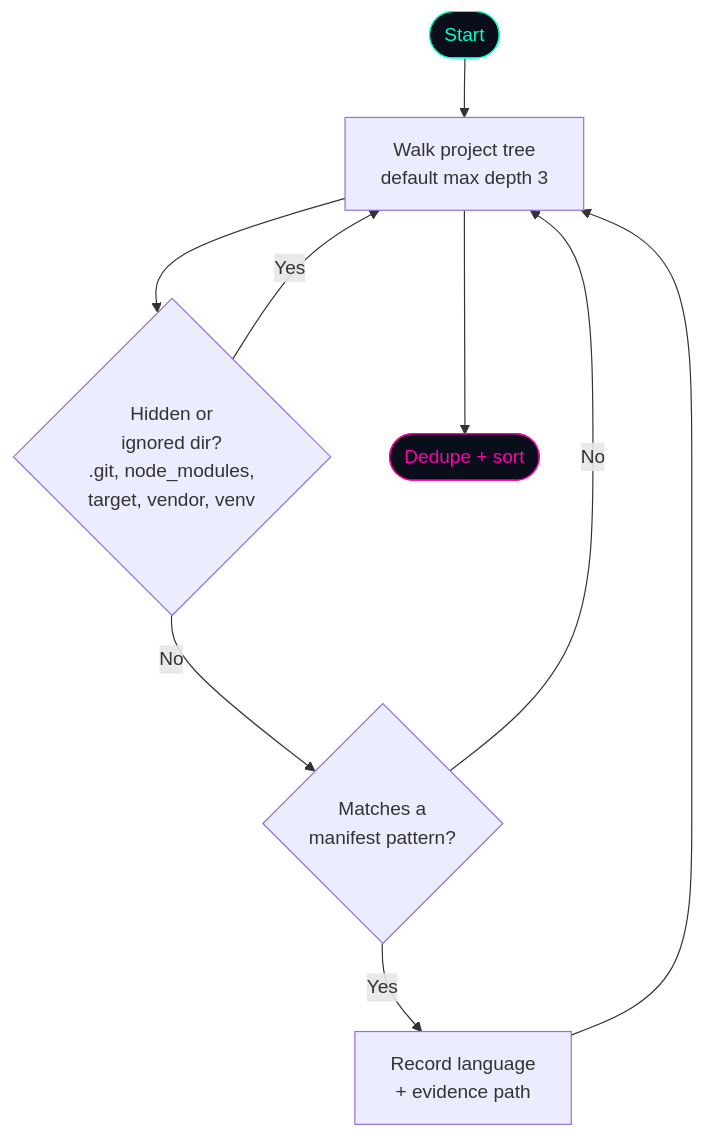
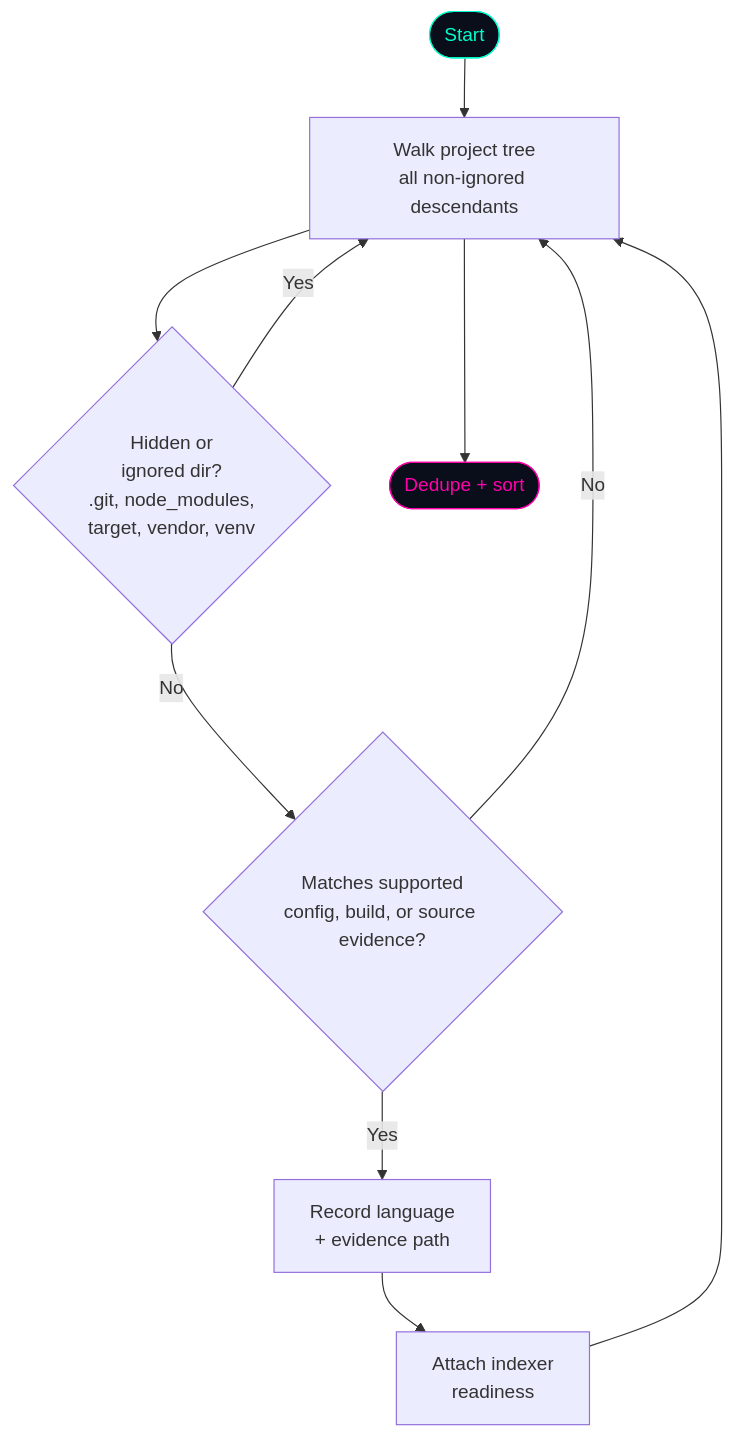
The second of 4 diagrams in README.md (GlitterKill/scip-io), drawn with Mermaid before and after one commit. The commit also changed other lines of this file and 12 other files, not shown here.

````diff
--- a/README.md
+++ b/README.md
@@ -108,14 +110,15 @@
 ```mermaid
 flowchart TD
-    Start([Start]) --> Walk[Walk project tree<br/>default max depth 3]
+    Start([Start]) --> Walk[Walk project tree<br/>all non-ignored descendants]
     Walk --> Skip{Hidden or<br/>ignored dir?<br/>.git, node_modules,<br/>target, vendor, venv}
     Skip -- Yes --> Walk
-    Skip -- No --> Match{Matches a<br/>manifest pattern?}
+    Skip -- No --> Match{Matches supported<br/>config, build, or source evidence?}
     Match -- No --> Walk
     Match -- Yes --> Record[Record language<br/>+ evidence path]
-    Record --> Walk
+    Record --> Ready[Attach indexer<br/>readiness]
+    Ready --> Walk
     Walk --> Done([Dedupe + sort])
 
     style Start fill:#0a0e1b,stroke:#00ffcc,color:#00ffcc
     style Done fill:#0a0e1b,stroke:#ff00aa,color:#ff00aa
 ```
````
